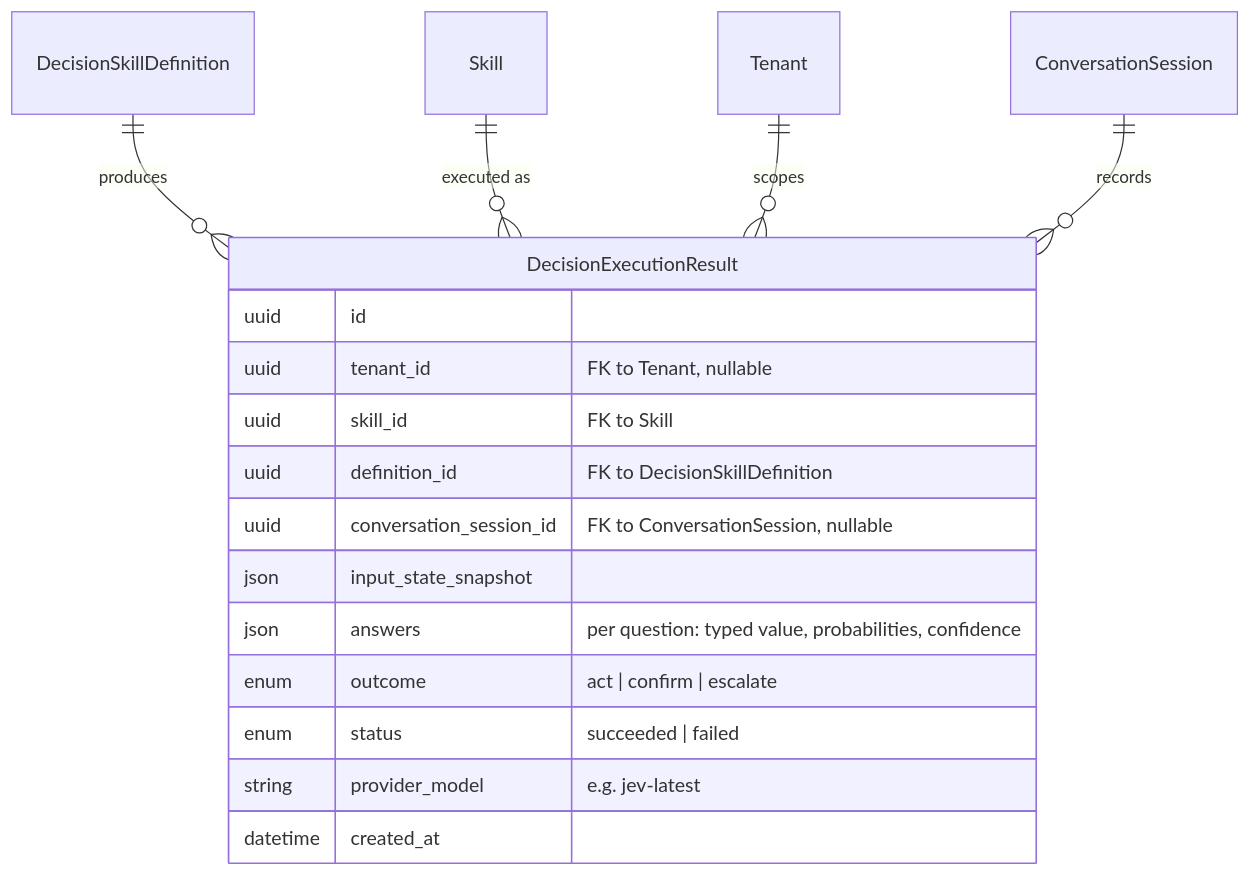
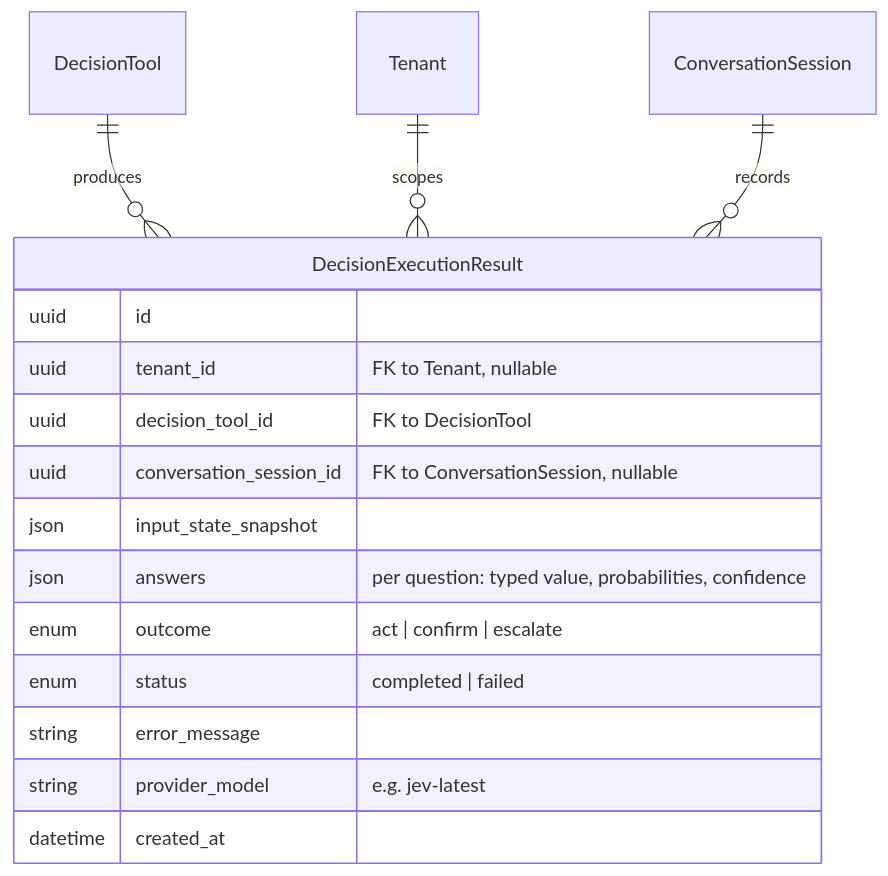
The fourth of 4 diagrams in docs/changes/system-one-decision-skills/data-model.md (hurungang/parthenon), drawn with Mermaid before and after one commit. The commit also changed other lines of this file and 177 other files, not shown here.

````diff
--- a/docs/changes/system-one-decision-skills/data-model.md
+++ b/docs/changes/system-one-decision-skills/data-model.md
@@ -63,20 +92,19 @@
 ```mermaid
 erDiagram
     DecisionExecutionResult {
         uuid id
         uuid tenant_id "FK to Tenant, nullable"
-        uuid skill_id "FK to Skill"
-        uuid definition_id "FK to DecisionSkillDefinition"
+        uuid decision_tool_id "FK to DecisionTool"
         uuid conversation_session_id "FK to ConversationSession, nullable"
         json input_state_snapshot
         json answers "per question: typed value, probabilities, confidence"
         enum outcome "act | confirm | escalate"
-        enum status "succeeded | failed"
+        enum status "completed | failed"
+        string error_message
         string provider_model "e.g. jev-latest"
         datetime created_at
     }
-    DecisionSkillDefinition ||--o{ DecisionExecutionResult : "produces"
-    Skill ||--o{ DecisionExecutionResult : "executed as"
+    DecisionTool ||--o{ DecisionExecutionResult : "produces"
     Tenant ||--o{ DecisionExecutionResult : "scopes"
     ConversationSession ||--o{ DecisionExecutionResult : "records"
 ```
````
